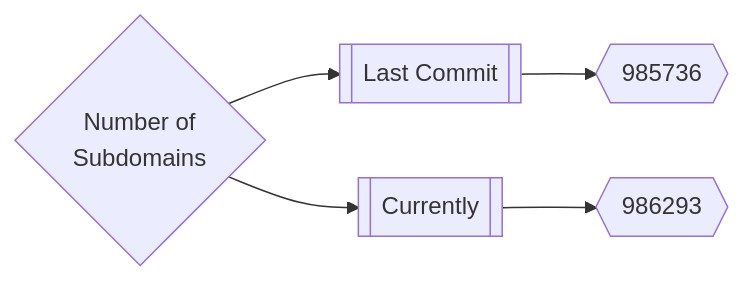
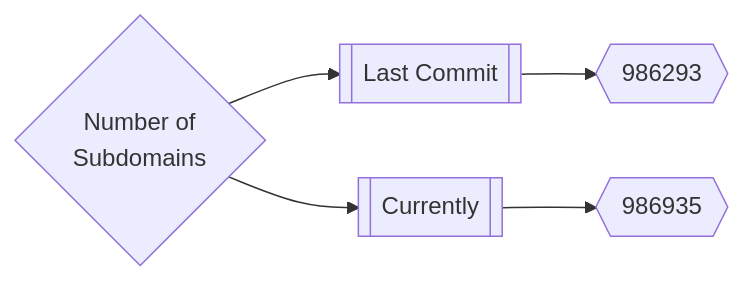
Before and after one commit to trickest/inventory: the first of 3 diagrams in README.md, drawn with Mermaid. The commit also changed other lines of this file, not shown here.

Commit message:
Update README.md Sat Jul 30 21:20:37 UTC 2022

````diff
--- a/README.md
+++ b/README.md
@@ -167,5 +167,5 @@
 ```mermaid
 graph LR
-title{Number of<br>Subdomains} --> subdomainsDate1[[Last Commit]] --> subdomainsNum1{{985736}}
-title --> subdomainsDate2[[Currently]] --> subdomainsNum2{{986293}}
+title{Number of<br>Subdomains} --> subdomainsDate1[[Last Commit]] --> subdomainsNum1{{986293}}
+title --> subdomainsDate2[[Currently]] --> subdomainsNum2{{986935}}
 ```
````
